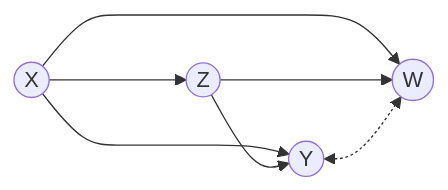
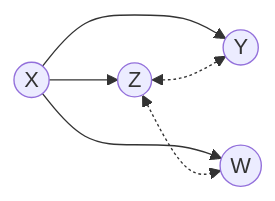
One commit to santikka/cfid changed the third of 4 diagrams in README.Rmd. Above: the diagram before and after it, drawn with Mermaid. The commit also changed other lines of this file and 2 other files, not shown here.

````diff
--- a/README.Rmd
+++ b/README.Rmd
@@ -74,9 +73,8 @@
 ```mermaid
 flowchart LR;
-  X((X))--->Z((Z));
+  X((X))-->Z((Z));
   X-->Y((Y));
   X-->W((W));
-  Z-->Y;
-  Z-->W;
-  Y<-.->W;
+  Z<-.->Y;
+  Z<-.->W;
 ```
````
